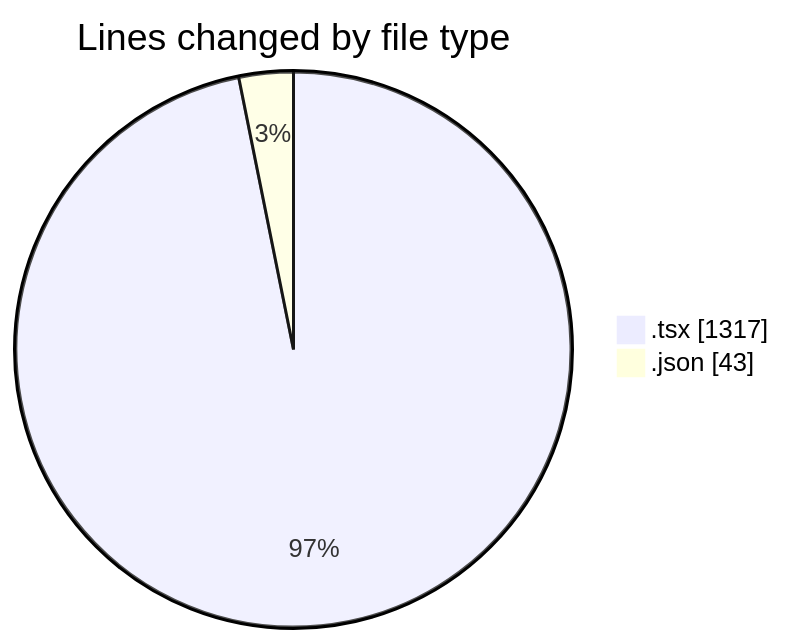
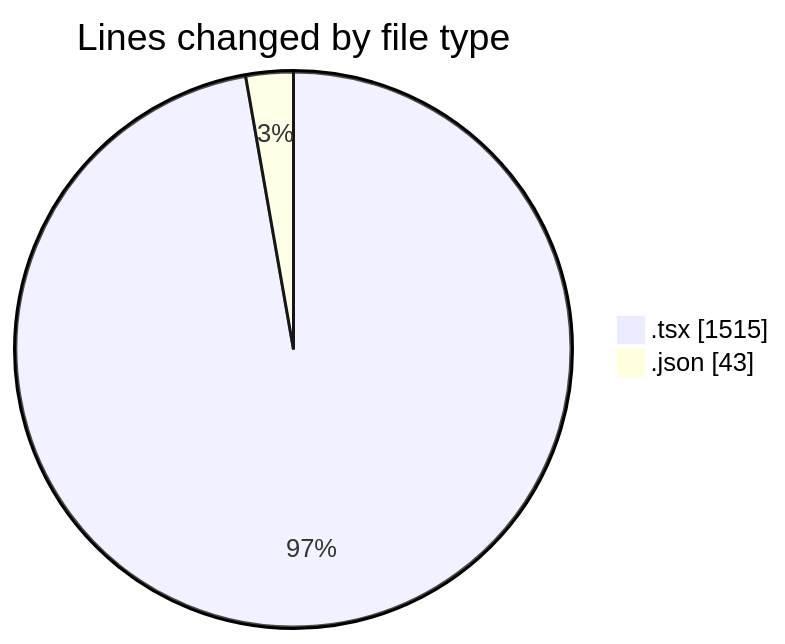
The first of 2 diagrams in 2025-11-11/mbc-web/README.md (robertbonfada/code-tracking), drawn with Mermaid before and after one commit. The commit also changed other lines of this file and 1 other file, not shown here.

````diff
--- a/2025-11-11/mbc-web/README.md
+++ b/2025-11-11/mbc-web/README.md
@@ -22,6 +23,6 @@
 ```mermaid
 pie showData
 title Lines changed by file type
-".tsx" : 1317
+".tsx" : 1515
 ".json" : 43
 ```
````
